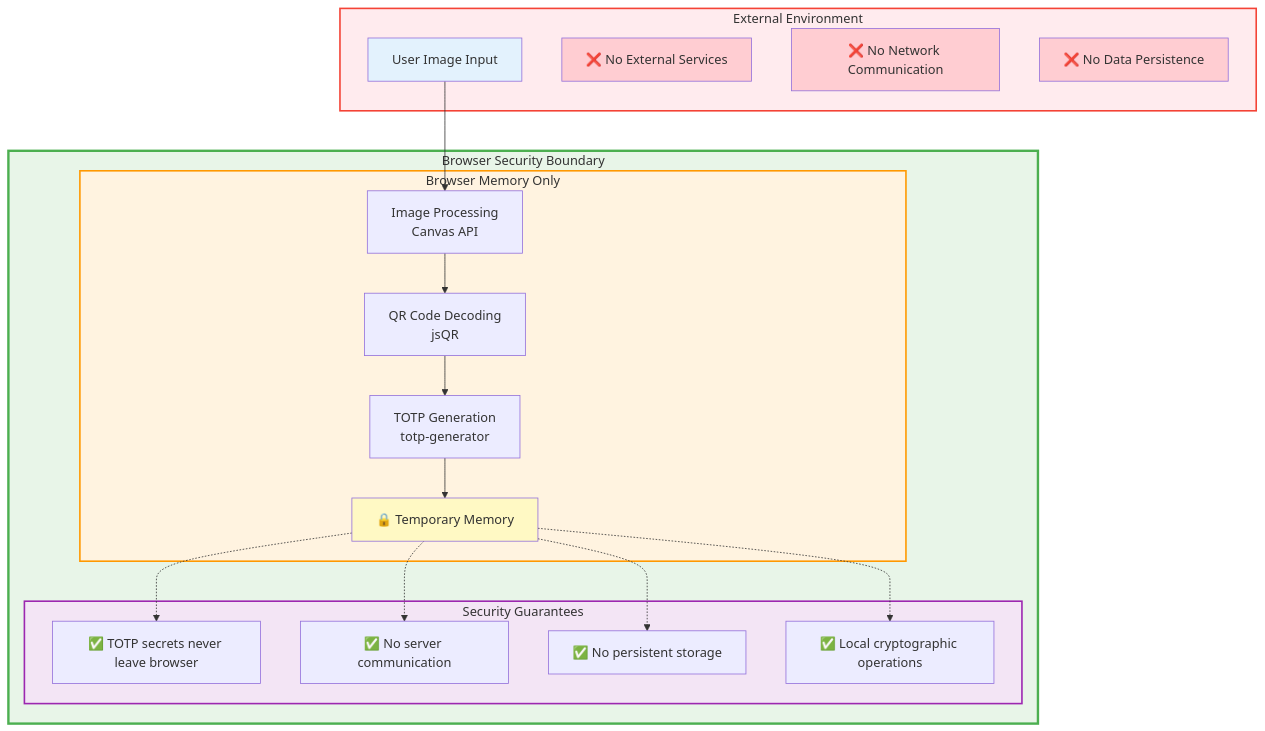
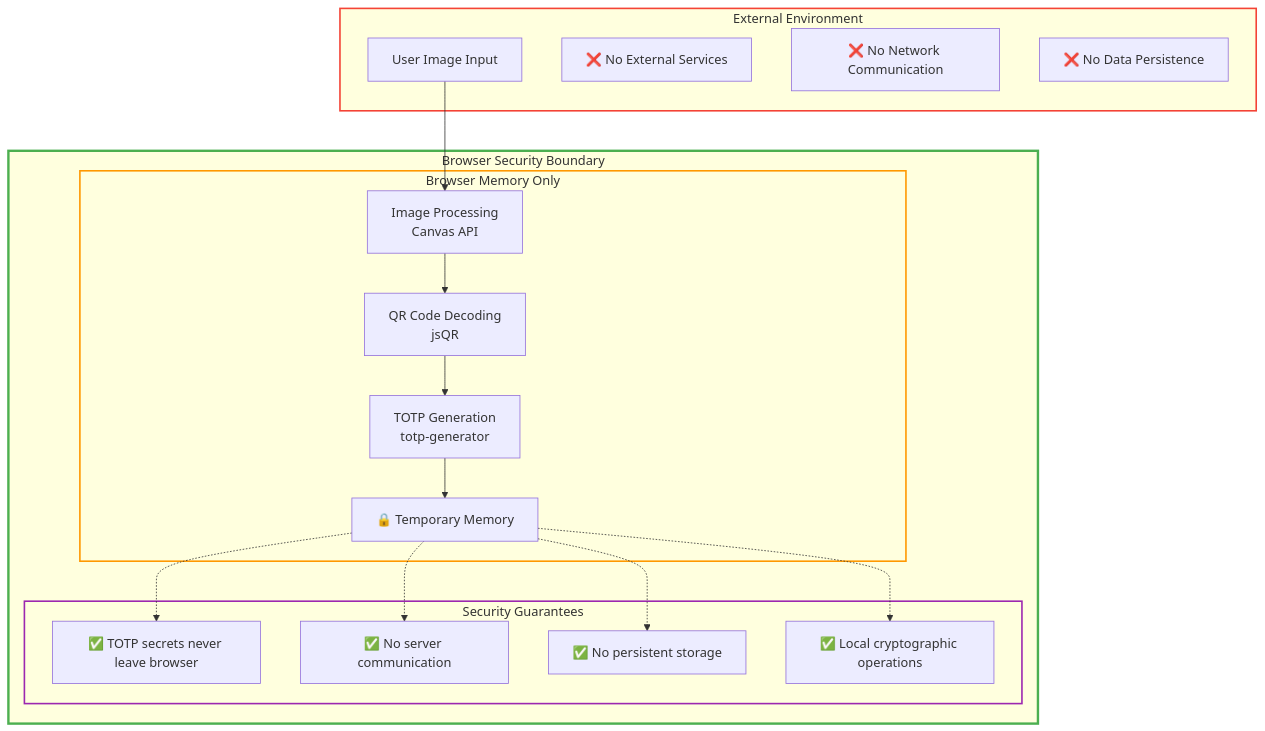
One commit to VizzleTF/TOTP_decoder changed the second of 2 diagrams in README.md. Above: the diagram before and after it, drawn with Mermaid.

Commit message:
style: remove fill colors from flowchart styles
The fill colors were removed to simplify the diagram styling and improve readability by reducing visual clutter

````diff
--- a/README.md
+++ b/README.md
@@ -100,44 +100,39 @@
 ```mermaid
 flowchart TB
     subgraph External["External Environment"]
         U[User Image Input]
         EXT["❌ No External Services"]
         NET["❌ No Network Communication"]
         STORE["❌ No Data Persistence"]
     end
     
     subgraph Browser["Browser Security Boundary"]
         subgraph Memory["Browser Memory Only"]
             IMG[Image Processing<br/>Canvas API]
             QR[QR Code Decoding<br/>jsQR]
             TOTP[TOTP Generation<br/>totp-generator]
             MEM["🔒 Temporary Memory"]
         end
         
         subgraph Security["Security Guarantees"]
             G1["✅ TOTP secrets never leave browser"]
             G2["✅ No server communication"]
             G3["✅ No persistent storage"]
             G4["✅ Local cryptographic operations"]
         end
     end
     
     U --> IMG
     IMG --> QR
     QR --> TOTP
     TOTP --> MEM
     MEM -.-> G1
     MEM -.-> G2
     MEM -.-> G3
     MEM -.-> G4
     
-    style Browser fill:#e8f5e8,stroke:#4caf50,stroke-width:3px
-    style Memory fill:#fff3e0,stroke:#ff9800,stroke-width:2px
-    style Security fill:#f3e5f5,stroke:#9c27b0,stroke-width:2px
-    style External fill:#ffebee,stroke:#f44336,stroke-width:2px
-    style U fill:#e3f2fd
-    style MEM fill:#fff9c4
-    style EXT fill:#ffcdd2
-    style NET fill:#ffcdd2
-    style STORE fill:#ffcdd2
+    style Browser stroke:#4caf50,stroke-width:3px
+    style Memory stroke:#ff9800,stroke-width:2px
+    style Security stroke:#9c27b0,stroke-width:2px
+    style External stroke:#f44336,stroke-width:2px
 ```
````
